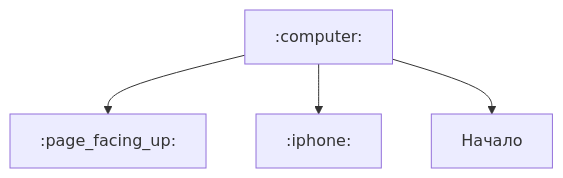
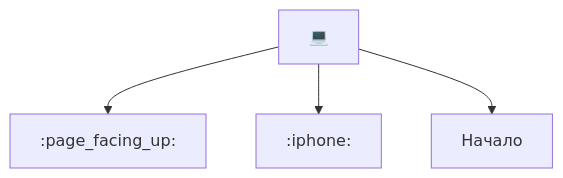
The first of 16 diagrams in Docs/Scenario-Multisig.md (BlockchainCommons/SmartCustody), drawn with Mermaid before and after one commit.

````diff
--- a/Docs/Scenario-Multisig.md
+++ b/Docs/Scenario-Multisig.md
@@ -18,10 +18,10 @@
 ```mermaid
     graph TD;
-    A[:computer:]
+    A["💻"]
     B[:page_facing_up:]
     C[:iphone:]
     D[Начало]
     A-->B;
     A-->C;
     A-->D;
 ```
````
